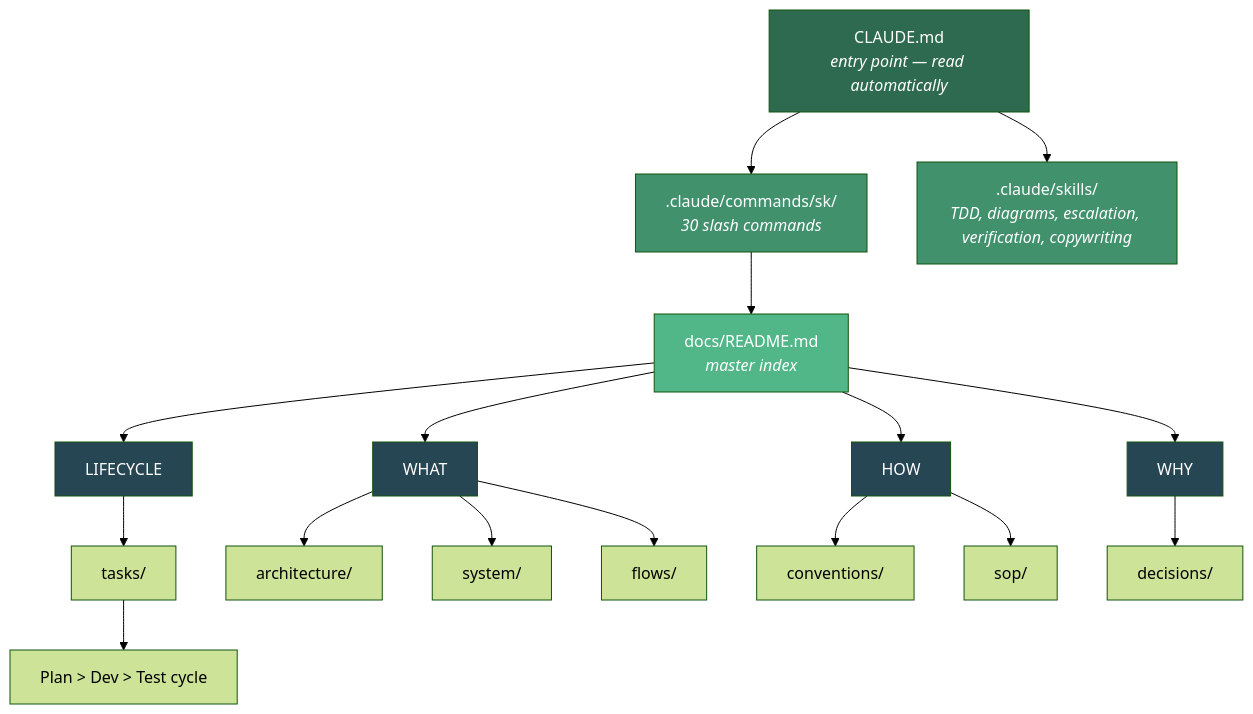
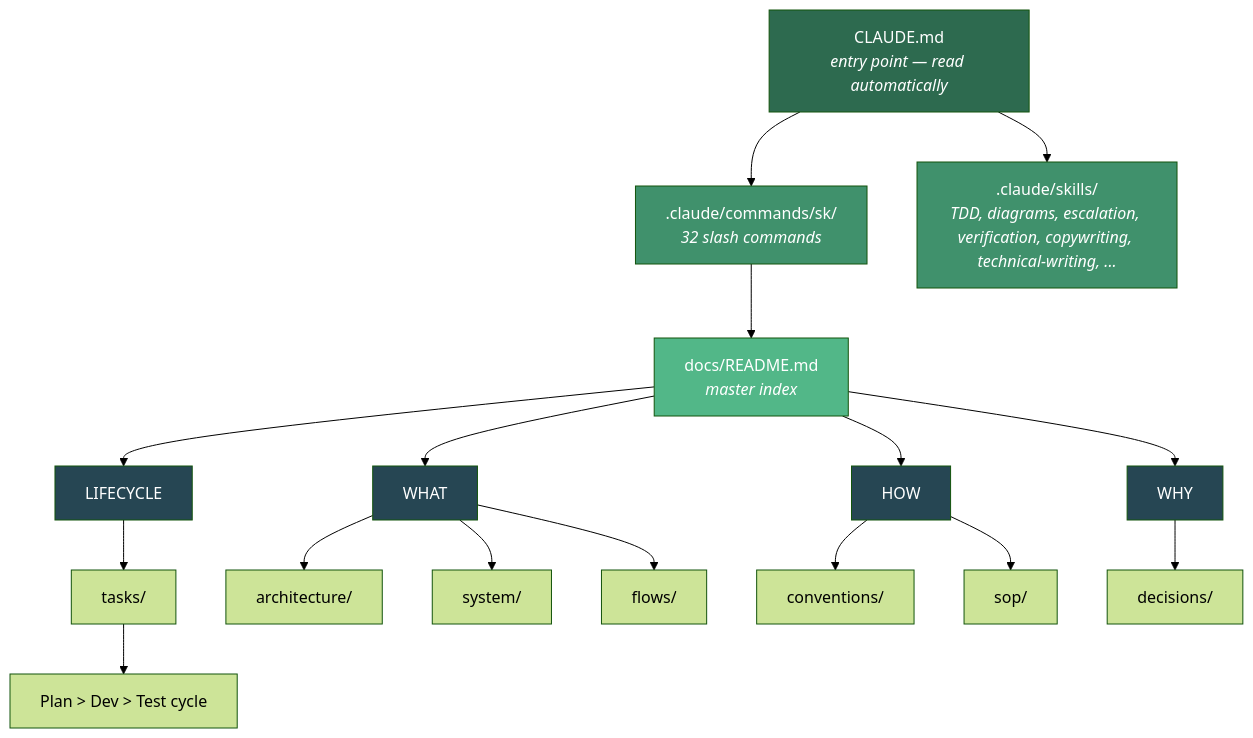
Before and after one commit to moniav/sk: the first of 5 diagrams in Readme.md, drawn with Mermaid (forest theme). The commit also changed other lines of this file, not shown here.

````diff
--- a/Readme.md
+++ b/Readme.md
@@ -32,32 +32,32 @@
 ```mermaid
 graph TD
-    A["CLAUDE.md<br/><i>entry point — read automatically</i>"] --> B[".claude/commands/sk/<br/><i>30 slash commands</i>"]
-    A --> B2[".claude/skills/<br/><i>TDD, diagrams, escalation, verification, copywriting</i>"]
+    A["CLAUDE.md<br/><i>entry point — read automatically</i>"] --> B[".claude/commands/sk/<br/><i>32 slash commands</i>"]
+    A --> B2[".claude/skills/<br/><i>TDD, diagrams, escalation, verification, copywriting, technical-writing, ...</i>"]
     B --> C["docs/README.md<br/><i>master index</i>"]
 
     C --> D["LIFECYCLE"]
     C --> E["WHAT"]
     C --> F["WHY"]
     C --> G["HOW"]
 
     D --> D1["tasks/"]
     D1 --> D2["Plan > Dev > Test cycle"]
 
     E --> E1["architecture/"]
     E --> E2["system/"]
     E --> E3["flows/"]
 
     G --> G1["conventions/"]
     G --> G2["sop/"]
 
     F --> F1["decisions/"]
 
     style A fill:#2d6a4f,color:#fff
     style B fill:#40916c,color:#fff
     style B2 fill:#40916c,color:#fff
     style C fill:#52b788,color:#fff
     style D fill:#264653,color:#fff
     style E fill:#264653,color:#fff
     style F fill:#264653,color:#fff
     style G fill:#264653,color:#fff
 ```
````
